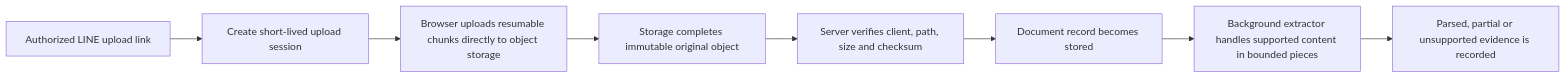
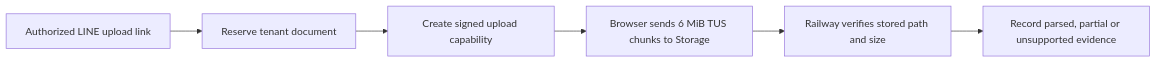
One commit to tanadanaitan-prog/neurohands-ai-agent changed the diagram in docs/LARGE_UPLOAD_ARCHITECTURE.md. Above: the diagram before and after it, drawn with Mermaid. The commit also changed other lines of this file and 11 other files, not shown here.

Commit message:
Stage verified Free-plan resumable uploads

````diff
--- a/docs/LARGE_UPLOAD_ARCHITECTURE.md
+++ b/docs/LARGE_UPLOAD_ARCHITECTURE.md
@@ -17,10 +32,8 @@
 ```mermaid
 flowchart LR
-  A[Authorized LINE upload link] --> B[Create short-lived upload session]
-  B --> C[Browser uploads resumable chunks directly to object storage]
-  C --> D[Storage completes immutable original object]
-  D --> E[Server verifies client, path, size and checksum]
-  E --> F[Document record becomes stored]
-  F --> G[Background extractor handles supported content in bounded pieces]
-  G --> H[Parsed, partial or unsupported evidence is recorded]
+  A[Authorized LINE upload link] --> B[Reserve tenant document]
+  B --> C[Create signed upload capability]
+  C --> D[Browser sends 6 MiB TUS chunks to Storage]
+  D --> E[Railway verifies stored path and size]
+  E --> F[Record parsed, partial or unsupported evidence]
 ```
````
